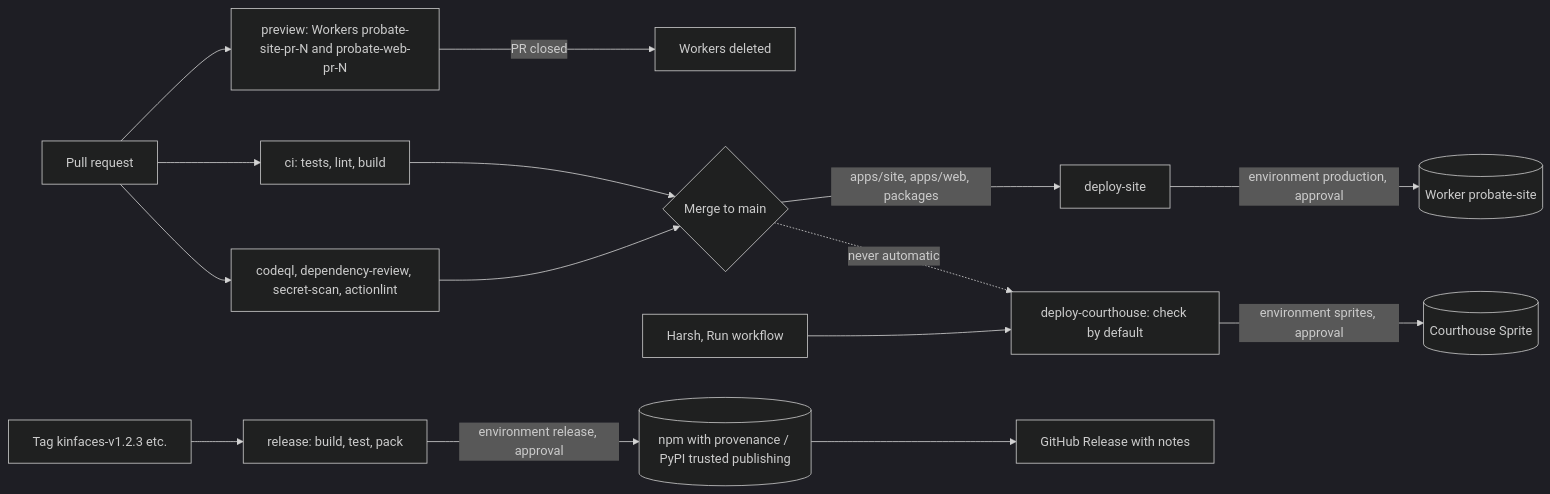
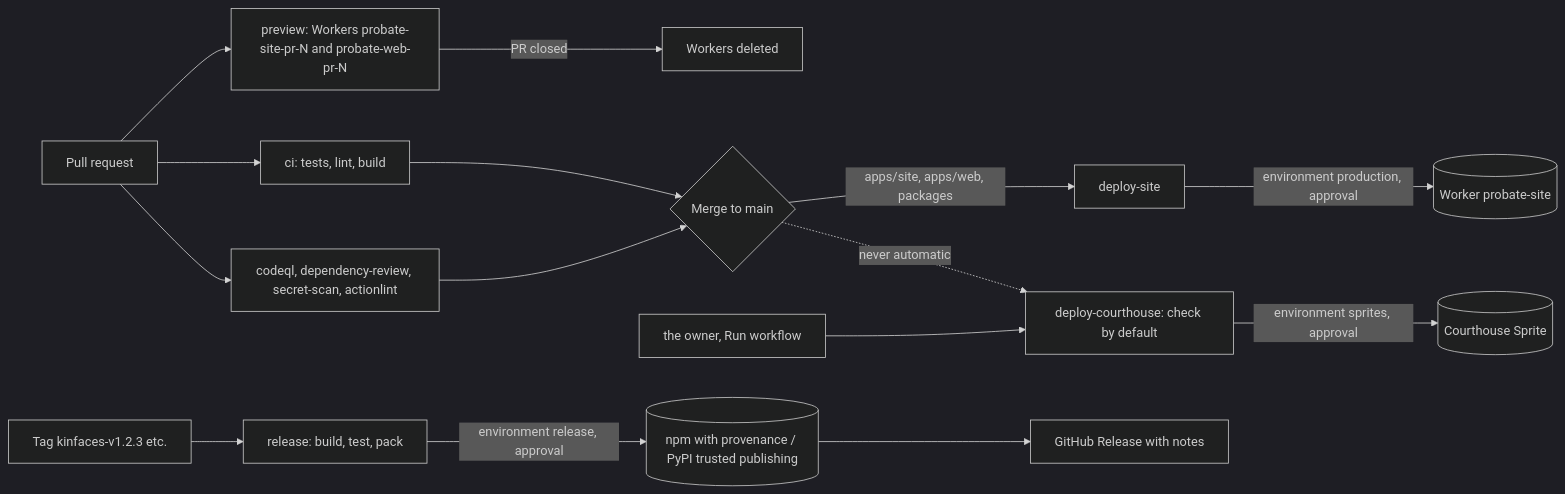
The diagram in docs/CICD.md (harshbhx/probate), drawn with Mermaid (dark theme) before and after one commit. The commit also changed other lines of this file and 17 other files, not shown here.

````diff
--- a/docs/CICD.md
+++ b/docs/CICD.md
@@ -7,17 +7,17 @@
 ```mermaid
 flowchart LR
     PR[Pull request] --> CI[ci: tests, lint, build]
     PR --> SEC[codeql, dependency-review, secret-scan, actionlint]
     PR --> PV[preview: Workers probate-site-pr-N and probate-web-pr-N]
     PV -->|PR closed| DEL[Workers deleted]
     CI --> MERGE{Merge to main}
     SEC --> MERGE
     MERGE -->|apps/site, apps/web, packages| DS[deploy-site]
     DS -->|environment production, approval| SITE[(Worker probate-site)]
     MERGE -.->|never automatic| DC
-    HUMAN[Harsh, Run workflow] --> DC[deploy-courthouse: check by default]
+    HUMAN[the owner, Run workflow] --> DC[deploy-courthouse: check by default]
     DC -->|environment sprites, approval| SPRITE[(Courthouse Sprite)]
     TAG[Tag kinfaces-v1.2.3 etc.] --> REL[release: build, test, pack]
     REL -->|environment release, approval| PUB[(npm with provenance / PyPI trusted publishing)]
     PUB --> GHR[GitHub Release with notes]
 ```
````
